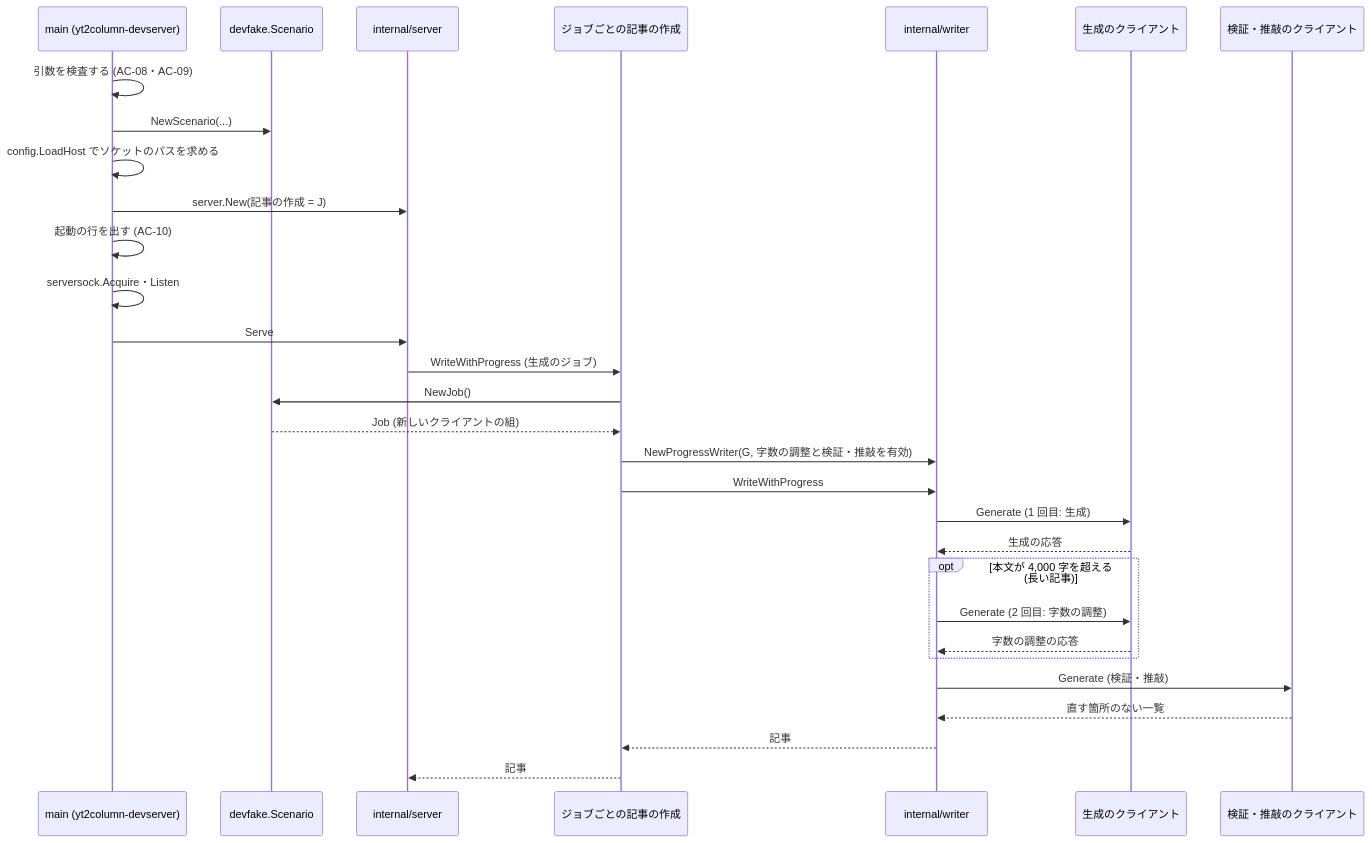
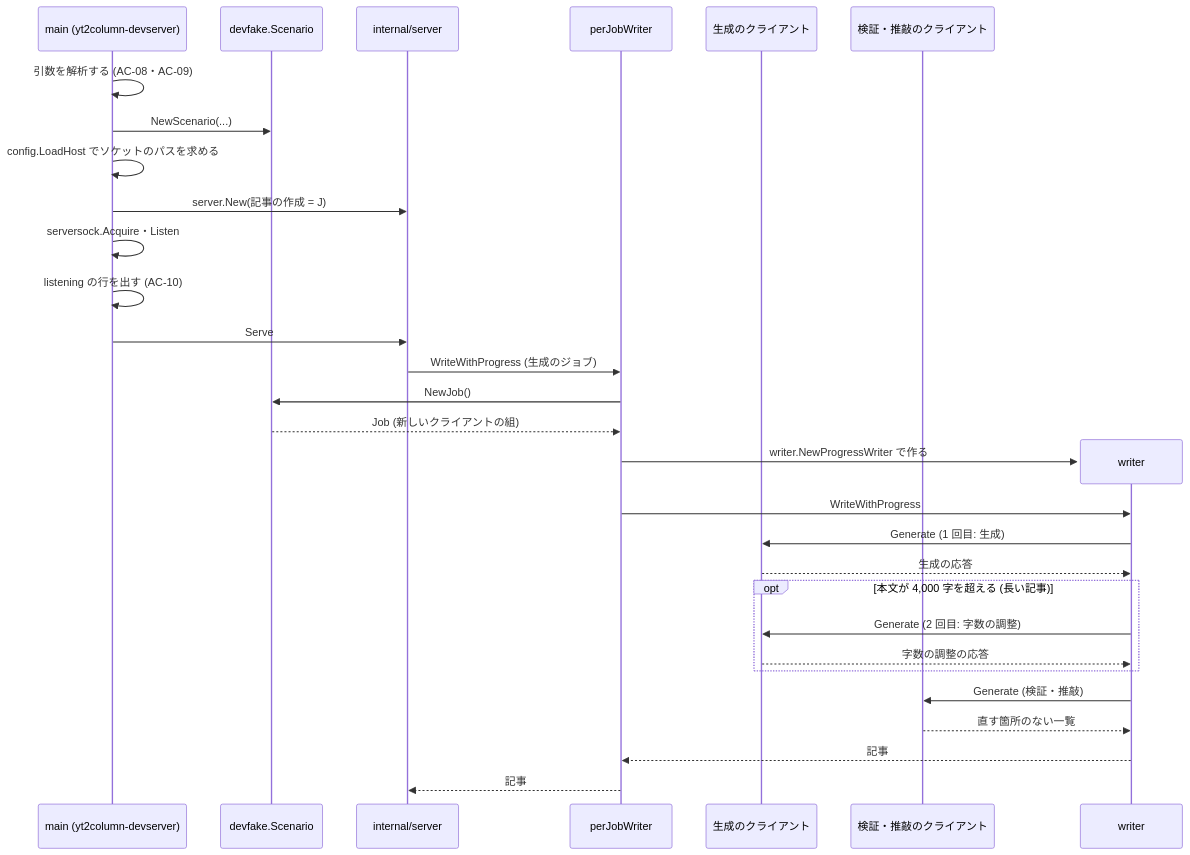
Before and after one commit to isseis/yt2column: the third of 6 diagrams in docs/tasks/0086_dev_fake_llm_server/02_architecture.md, drawn with Mermaid. The commit also changed other lines of this file and 1 other file, not shown here.

First line of the commit message:
docs(0086): address the architecture review and the Japanese prose pass

````diff
--- a/docs/tasks/0086_dev_fake_llm_server/02_architecture.md
+++ b/docs/tasks/0086_dev_fake_llm_server/02_architecture.md
@@ -165,33 +176,33 @@
 ```mermaid
 sequenceDiagram
     participant M as main (yt2column-devserver)
     participant D as devfake.Scenario
     participant S as internal/server
-    participant J as ジョブごとの記事の作成
-    participant W as internal/writer
+    participant J as perJobWriter
     participant G as 生成のクライアント
     participant R as 検証・推敲のクライアント
 
-    M->>M: 引数を検査する (AC-08・AC-09)
+    M->>M: 引数を解析する (AC-08・AC-09)
     M->>D: NewScenario(...)
     M->>M: config.LoadHost でソケットのパスを求める
     M->>S: server.New(記事の作成 = J)
-    M->>M: 起動の行を出す (AC-10)
     M->>M: serversock.Acquire・Listen
+    M->>M: listening の行を出す (AC-10)
     M->>S: Serve
     S->>J: WriteWithProgress (生成のジョブ)
     J->>D: NewJob()
     D-->>J: Job (新しいクライアントの組)
-    J->>W: NewProgressWriter(G, 字数の調整と検証・推敲を有効)
+    create participant W as writer
+    J->>W: writer.NewProgressWriter で作る
     J->>W: WriteWithProgress
     W->>G: Generate (1 回目: 生成)
     G-->>W: 生成の応答
     opt 本文が 4,000 字を超える (長い記事)
         W->>G: Generate (2 回目: 字数の調整)
         G-->>W: 字数の調整の応答
     end
     W->>R: Generate (検証・推敲)
     R-->>W: 直す箇所のない一覧
     W-->>J: 記事
     J-->>S: 記事
 ```
````
